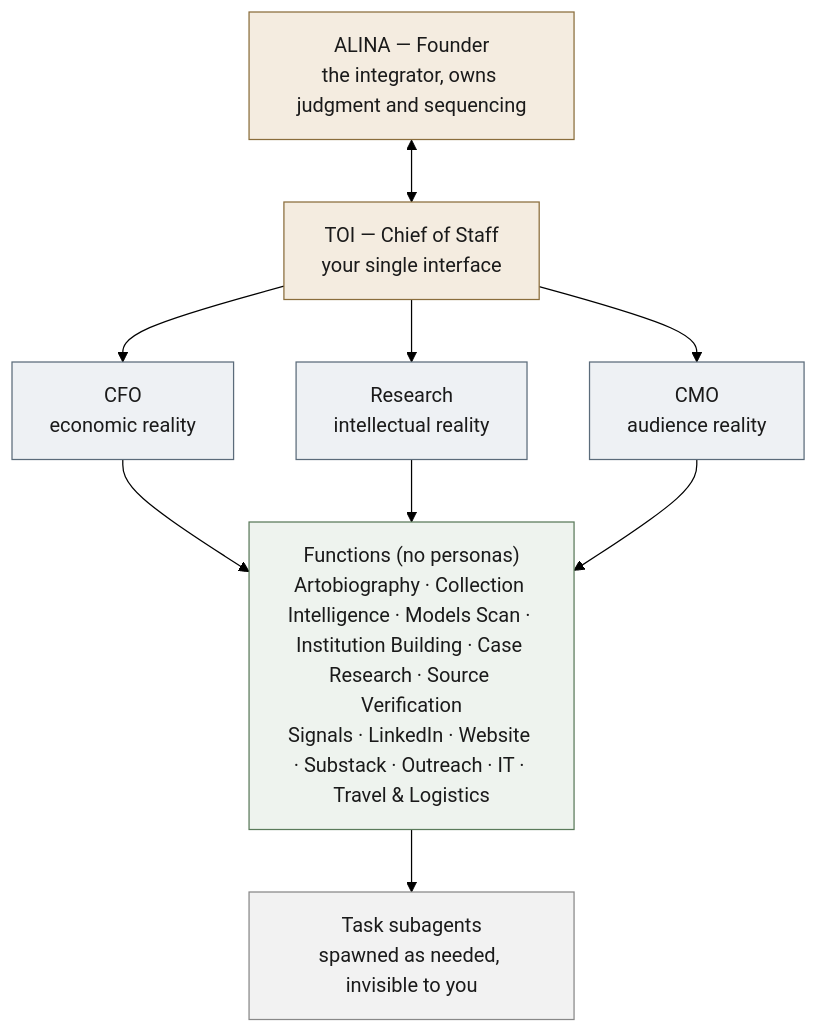
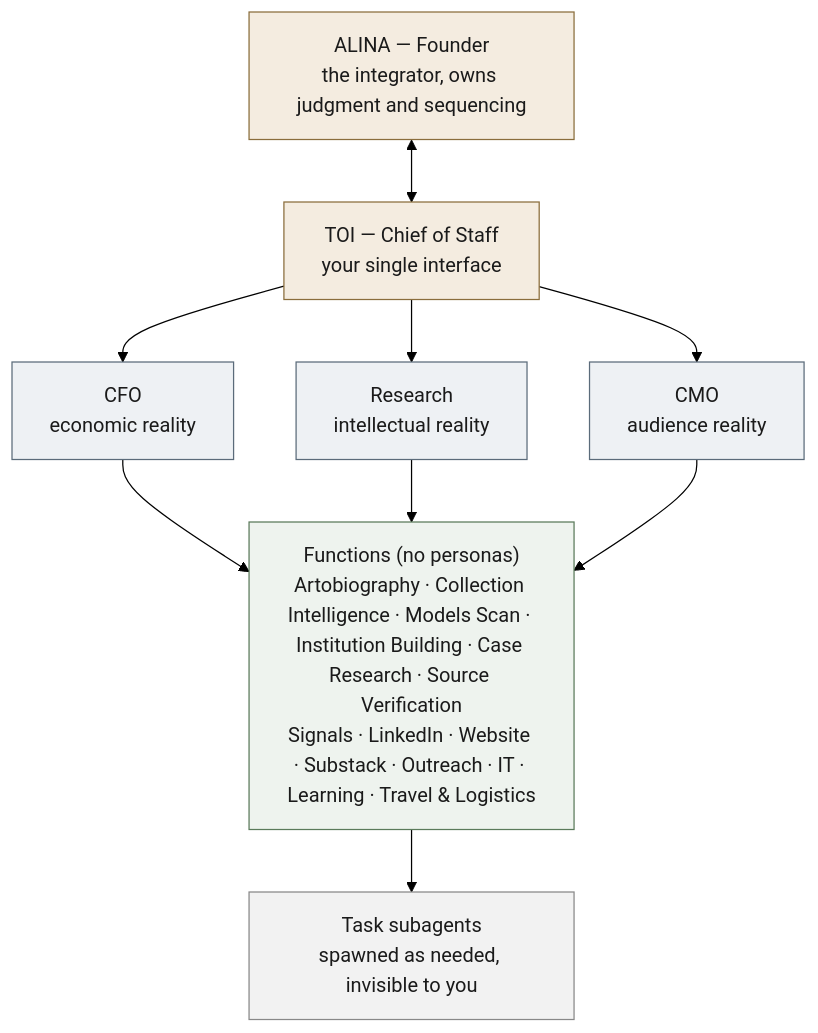
The diagram in company/executive-model.md (alinaokun/nariway-art), drawn with Mermaid (forest theme) before and after one commit. The commit also changed other lines of this file and 29 other files, not shown here.

````diff
--- a/company/executive-model.md
+++ b/company/executive-model.md
@@ -7,28 +7,28 @@
 ```mermaid
 flowchart TD
     A["ALINA — Founder<br/>the integrator, owns judgment and sequencing"]
     TOI["TOI — Chief of Staff<br/>your single interface"]
     CFO["CFO<br/>economic reality"]
     RES["Research<br/>intellectual reality"]
     CMO["CMO<br/>audience reality"]
-    FUN["Functions (no personas)<br/>Artobiography · Collection Intelligence · Models Scan · Institution Building · Case Research · Source Verification<br/>Signals · LinkedIn · Website · Substack · Outreach · IT · Travel & Logistics"]
+    FUN["Functions (no personas)<br/>Artobiography · Collection Intelligence · Models Scan · Institution Building · Case Research · Source Verification<br/>Signals · LinkedIn · Website · Substack · Outreach · IT · Learning · Travel & Logistics"]
     SUB["Task subagents<br/>spawned as needed, invisible to you"]
 
     A <--> TOI
     TOI --> CFO
     TOI --> RES
     TOI --> CMO
     CFO --> FUN
     RES --> FUN
     CMO --> FUN
     FUN --> SUB
 
     classDef founder fill:#f4ece0,stroke:#8a6d3b,color:#1a1a1a;
     classDef lens fill:#eef1f4,stroke:#5b6b7a,color:#1a1a1a;
     classDef fun fill:#eef3ee,stroke:#5a7a5a,color:#1a1a1a;
     classDef sub fill:#f2f2f2,stroke:#888,color:#1a1a1a;
     class A,TOI founder;
     class CFO,RES,CMO lens;
     class FUN fun;
     class SUB sub;
 ```
````
